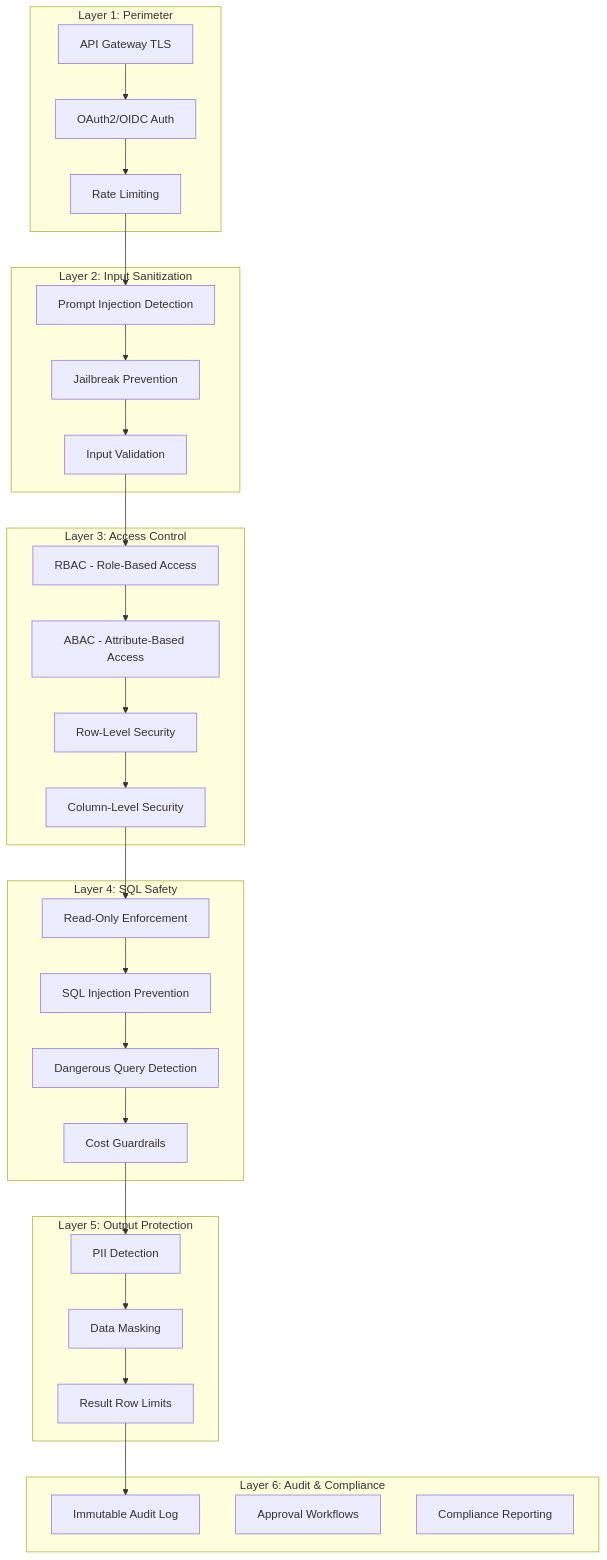
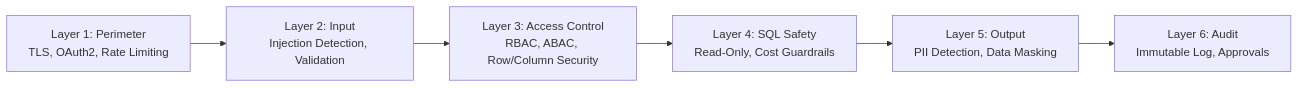
One commit to chirayu-2001/text-to-sql changed the ninth of 17 diagrams in agentic-text-to-sql-architecture.md. Above: the diagram before and after it, drawn with Mermaid. The commit also changed other lines of this file, not shown here.

Commit message:
Simplify mermaid diagrams for GitHub rendering

````diff
--- a/agentic-text-to-sql-architecture.md
+++ b/agentic-text-to-sql-architecture.md
@@ -1427,42 +1298,10 @@
 ```mermaid
-graph TB
-    subgraph "Layer 1: Perimeter"
-        A1[API Gateway TLS]
-        A2[OAuth2/OIDC Auth]
-        A3[Rate Limiting]
-    end
-
-    subgraph "Layer 2: Input Sanitization"
-        B1[Prompt Injection Detection]
-        B2[Jailbreak Prevention]
-        B3[Input Validation]
-    end
-
-    subgraph "Layer 3: Access Control"
-        C1[RBAC - Role-Based Access]
-        C2[ABAC - Attribute-Based Access]
-        C3[Row-Level Security]
-        C4[Column-Level Security]
-    end
-
-    subgraph "Layer 4: SQL Safety"
-        D1[Read-Only Enforcement]
-        D2[SQL Injection Prevention]
-        D3[Dangerous Query Detection]
-        D4[Cost Guardrails]
-    end
-
-    subgraph "Layer 5: Output Protection"
-        E1[PII Detection]
-        E2[Data Masking]
-        E3[Result Row Limits]
-    end
-
-    subgraph "Layer 6: Audit & Compliance"
-        F1[Immutable Audit Log]
-        F2[Approval Workflows]
-        F3[Compliance Reporting]
-    end
-
-    A1 --> A2 --> A3 --> B1 --> B2 --> B3 --> C1 --> C2 --> C3 --> C4 --> D1 --> D2 --> D3 --> D4 --> E1 --> E2 --> E3 --> F1
+graph LR
+    L1["Layer 1: Perimeter<br/>TLS, OAuth2, Rate Limiting"]
+    L2["Layer 2: Input<br/>Injection Detection, Validation"]
+    L3["Layer 3: Access Control<br/>RBAC, ABAC, Row/Column Security"]
+    L4["Layer 4: SQL Safety<br/>Read-Only, Cost Guardrails"]
+    L5["Layer 5: Output<br/>PII Detection, Data Masking"]
+    L6["Layer 6: Audit<br/>Immutable Log, Approvals"]
+    L1 --> L2 --> L3 --> L4 --> L5 --> L6
 ```
````
